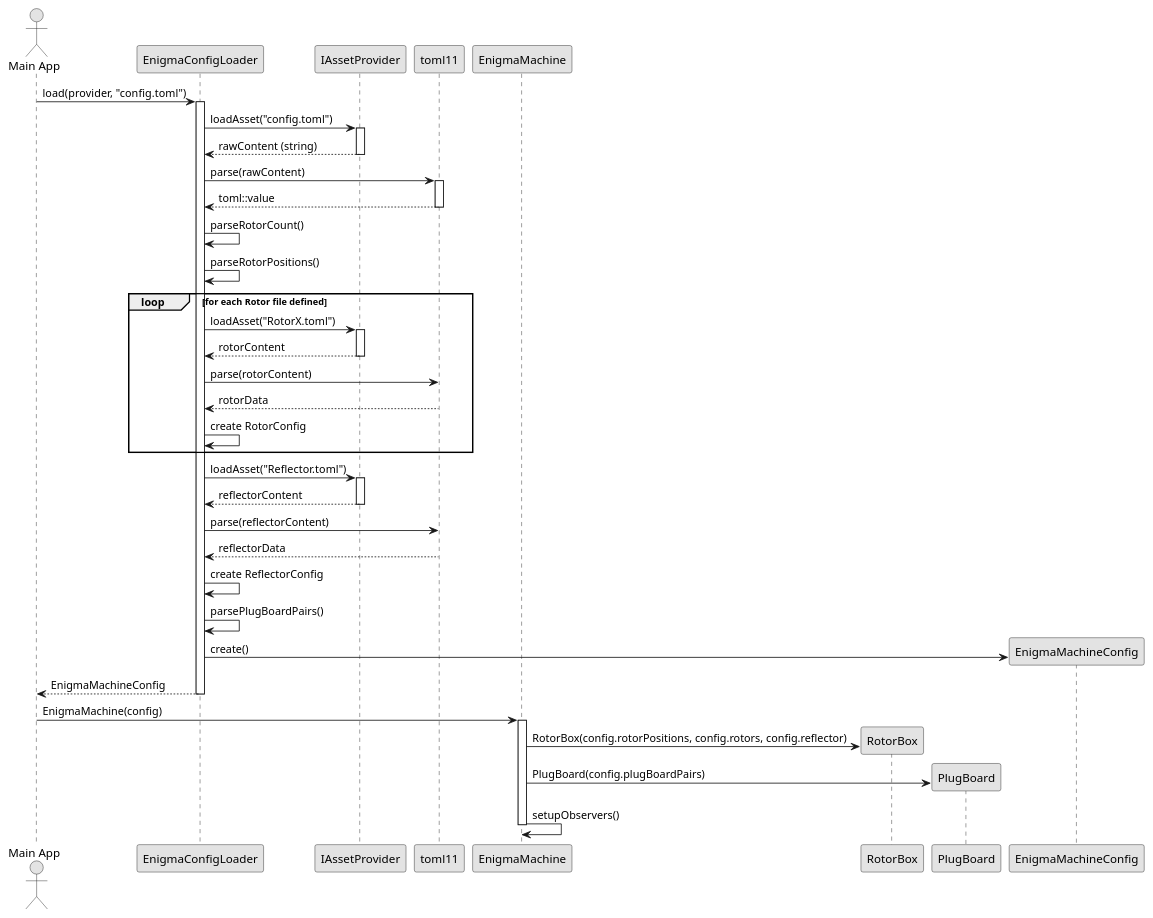
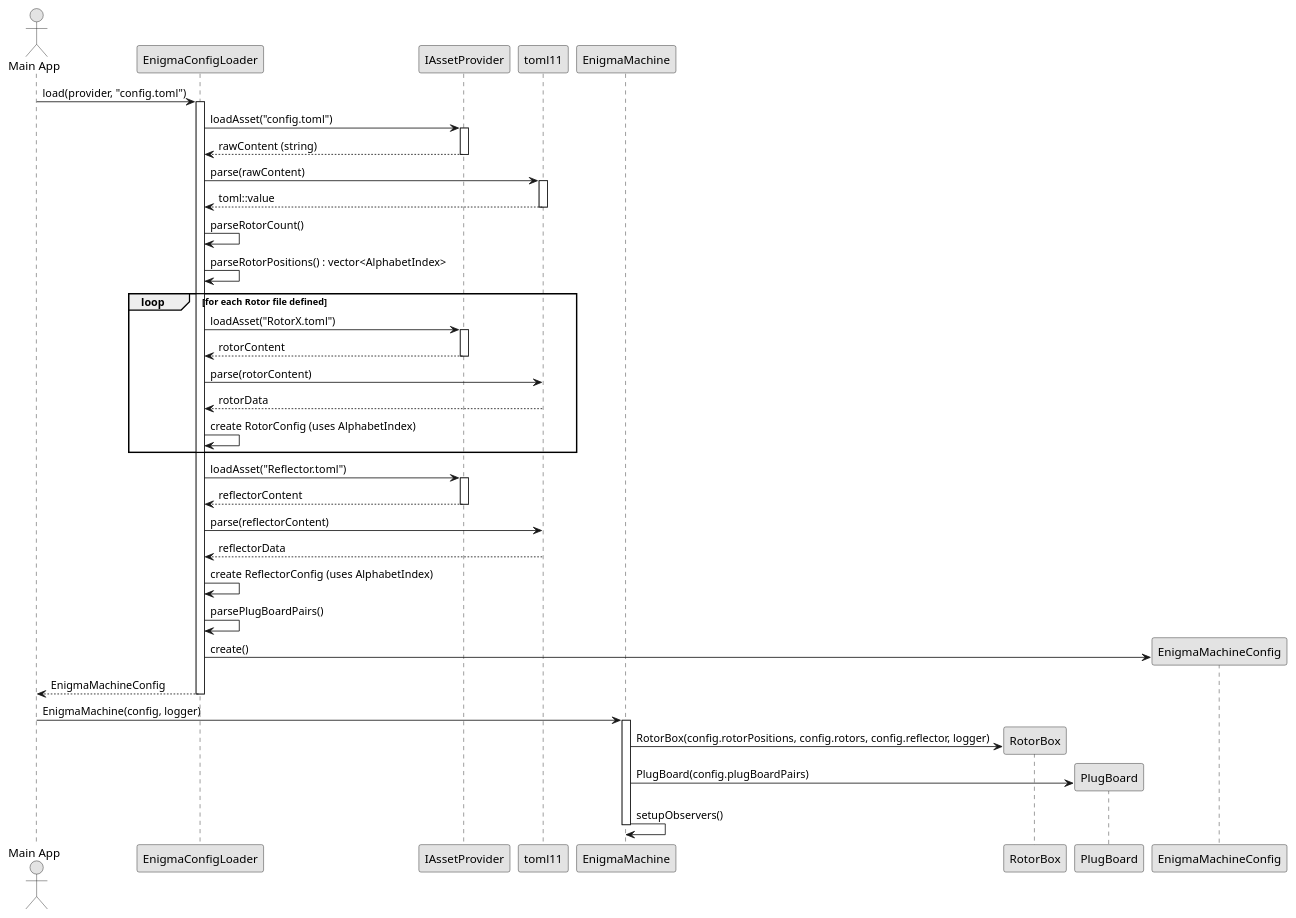
One commit to alvarocleite/EnigmaMachineCore changed the diagram in docs/diagrams/config_loading_sequence.puml. Above: the diagram before and after it, drawn with PlantUML. The commit also changed 26 other files, not shown here.

```diff
--- a/docs/diagrams/config_loading_sequence.puml
+++ b/docs/diagrams/config_loading_sequence.puml
@@ -1,71 +1,71 @@
 @startuml Enigma_Config_Loading_Sequence
 
 skinparam monochrome true
 skinparam responseMessageBelowArrow true
 
 actor "Main App" as App
 participant "EnigmaConfigLoader" as Loader
 participant "IAssetProvider" as Assets
 participant "toml11" as TOML
 participant "EnigmaMachine" as EM
 participant "RotorBox" as RB
 participant "PlugBoard" as PB
 
 App -> Loader: load(provider, "config.toml")
 activate Loader
 
     Loader -> Assets: loadAsset("config.toml")
     activate Assets
     Assets --> Loader: rawContent (string)
     deactivate Assets
 
     Loader -> TOML: parse(rawContent)
     activate TOML
     TOML --> Loader: toml::value
     deactivate TOML
 
     Loader -> Loader: parseRotorCount()
-    Loader -> Loader: parseRotorPositions()
+    Loader -> Loader: parseRotorPositions() : vector<AlphabetIndex>
     
     loop for each Rotor file defined
         Loader -> Assets: loadAsset("RotorX.toml")
         activate Assets
         Assets --> Loader: rotorContent
         deactivate Assets
         
         Loader -> TOML: parse(rotorContent)
         TOML --> Loader: rotorData
-        Loader -> Loader: create RotorConfig
+        Loader -> Loader: create RotorConfig (uses AlphabetIndex)
     end
 
     Loader -> Assets: loadAsset("Reflector.toml")
     activate Assets
     Assets --> Loader: reflectorContent
     deactivate Assets
     
     Loader -> TOML: parse(reflectorContent)
     TOML --> Loader: reflectorData
-    Loader -> Loader: create ReflectorConfig
+    Loader -> Loader: create ReflectorConfig (uses AlphabetIndex)
 
     Loader -> Loader: parsePlugBoardPairs()
 
     create "EnigmaMachineConfig" as Config
     Loader -> Config: create()
     
 Loader --> App: EnigmaMachineConfig
 deactivate Loader
 
-App -> EM: EnigmaMachine(config)
+App -> EM: EnigmaMachine(config, logger)
 activate EM
     
     create RB
-    EM -> RB: RotorBox(config.rotorPositions, config.rotors, config.reflector)
+    EM -> RB: RotorBox(config.rotorPositions, config.rotors, config.reflector, logger)
     
     create PB
     EM -> PB: PlugBoard(config.plugBoardPairs)
 
     EM -> EM: setupObservers()
 
 deactivate EM
 
 @enduml
```
